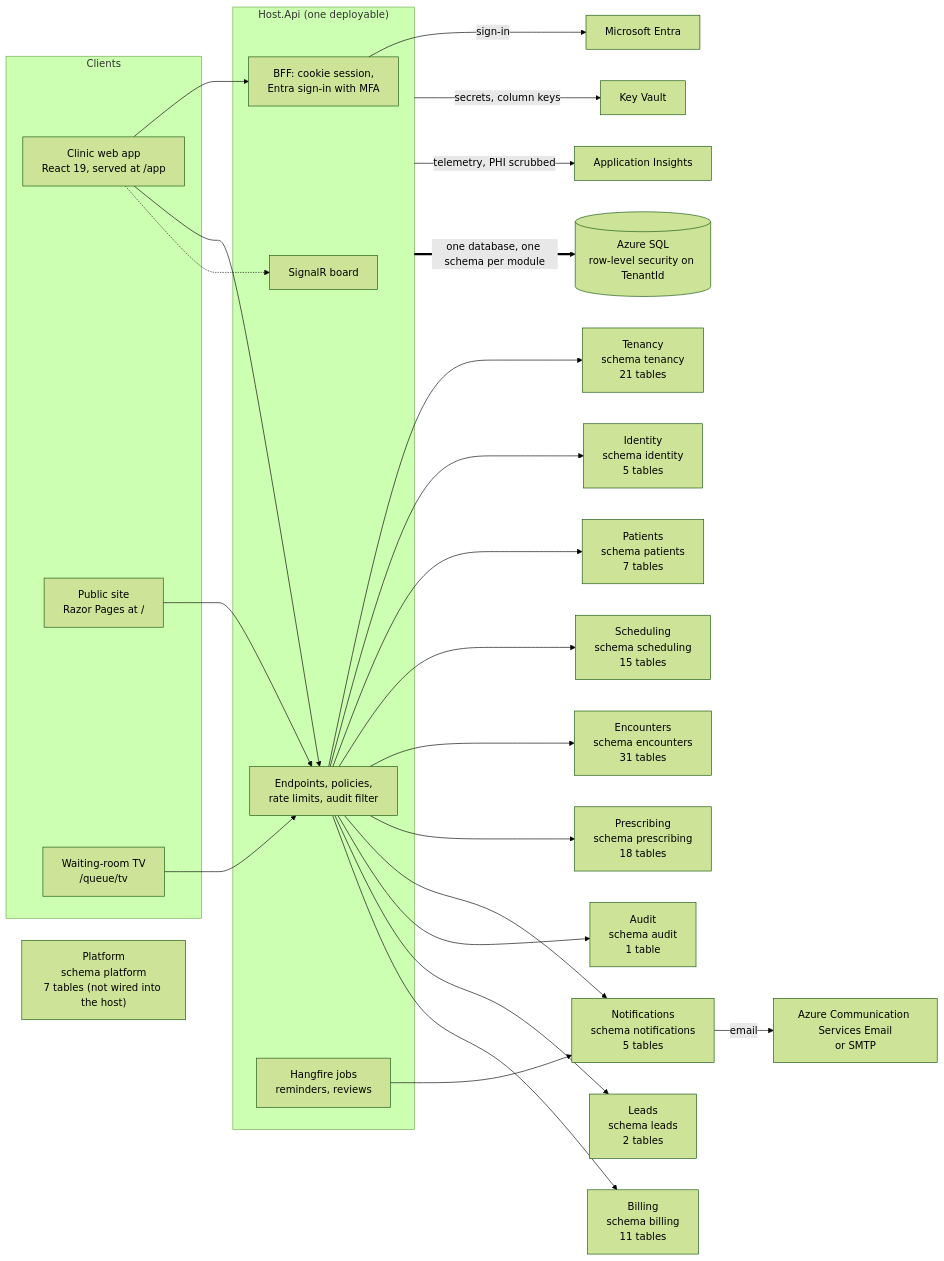
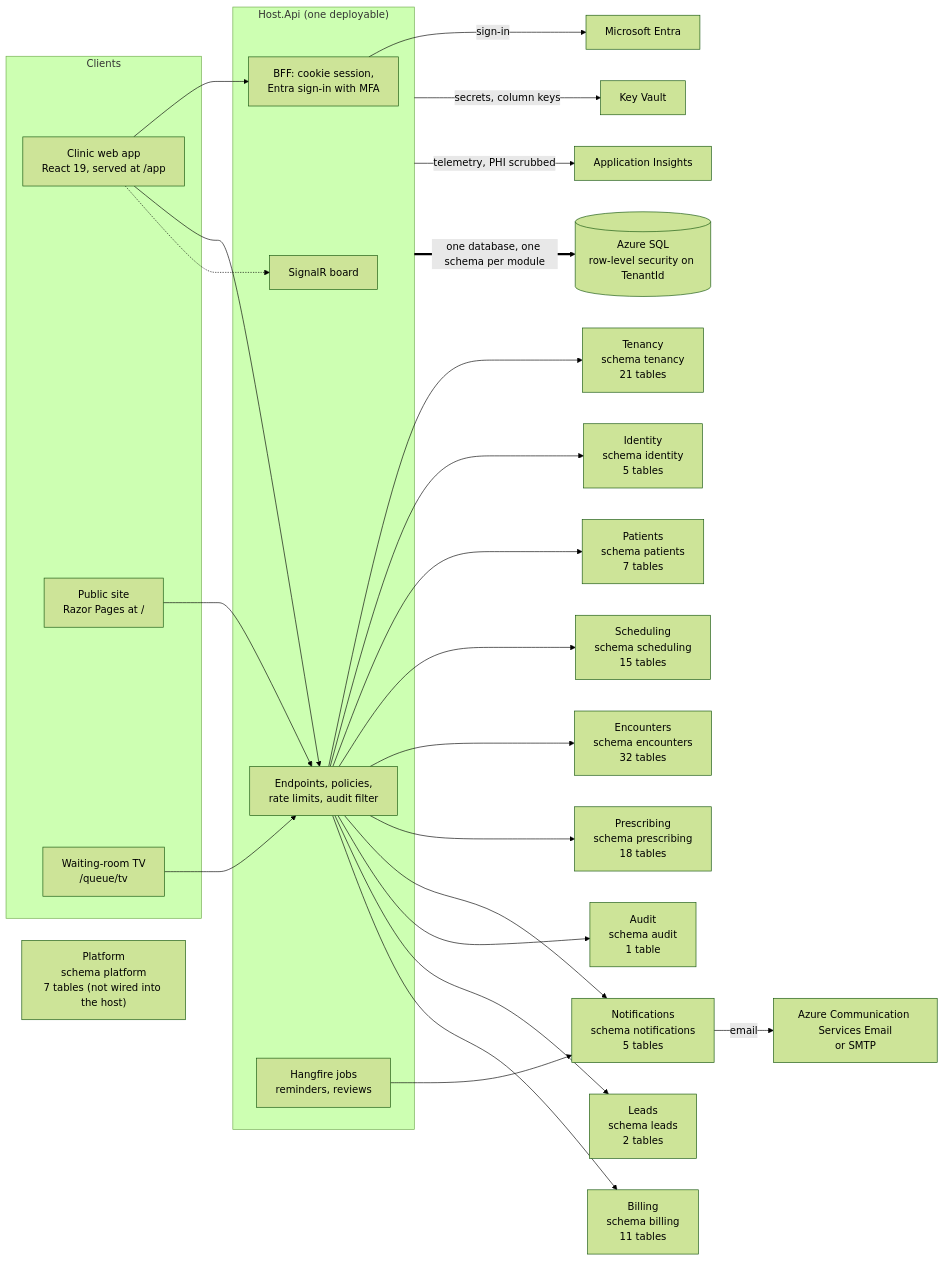
The first of 14 diagrams in docs/03-architecture/erd.md (ALFRED-LUCIFER/medvya), drawn with Mermaid (forest theme) before and after one commit. The commit also changed other lines of this file and 29 other files, not shown here.

````diff
--- a/docs/03-architecture/erd.md
+++ b/docs/03-architecture/erd.md
@@ -15,36 +15,36 @@
 ```mermaid
 flowchart LR
   subgraph Clients
     web["Clinic web app<br/>React 19, served at /app"]
     site["Public site<br/>Razor Pages at /"]
     tv["Waiting-room TV<br/>/queue/tv"]
   end
   subgraph Host["Host.Api (one deployable)"]
     bff["BFF: cookie session,<br/>Entra sign-in with MFA"]
     api["Endpoints, policies,<br/>rate limits, audit filter"]
     hub["SignalR board"]
     jobs["Hangfire jobs<br/>reminders, reviews"]
   end
   web --> bff
   web --> api
   web -.-> hub
   tv --> api
   site --> api
   api --> Tenancy["Tenancy<br/>schema tenancy<br/>21 tables"]
   api --> Identity["Identity<br/>schema identity<br/>5 tables"]
   api --> Patients["Patients<br/>schema patients<br/>7 tables"]
   api --> Scheduling["Scheduling<br/>schema scheduling<br/>15 tables"]
-  api --> Encounters["Encounters<br/>schema encounters<br/>31 tables"]
+  api --> Encounters["Encounters<br/>schema encounters<br/>32 tables"]
   api --> Prescribing["Prescribing<br/>schema prescribing<br/>18 tables"]
   api --> Notifications["Notifications<br/>schema notifications<br/>5 tables"]
   api --> Audit["Audit<br/>schema audit<br/>1 table"]
   api --> Leads["Leads<br/>schema leads<br/>2 tables"]
   api --> Billing["Billing<br/>schema billing<br/>11 tables"]
   Platform["Platform<br/>schema platform<br/>7 tables (not wired into the host)"]
   jobs --> Notifications
   bff -->|"sign-in"| entra["Microsoft Entra"]
   Notifications -->|"email"| mail["Azure Communication Services Email<br/>or SMTP"]
   Host -->|"secrets, column keys"| kv["Key Vault"]
   Host -->|"telemetry, PHI scrubbed"| ai["Application Insights"]
   Host ==>|"one database, one schema per module"| sql[("Azure SQL<br/>row-level security on TenantId")]
 ```
````
